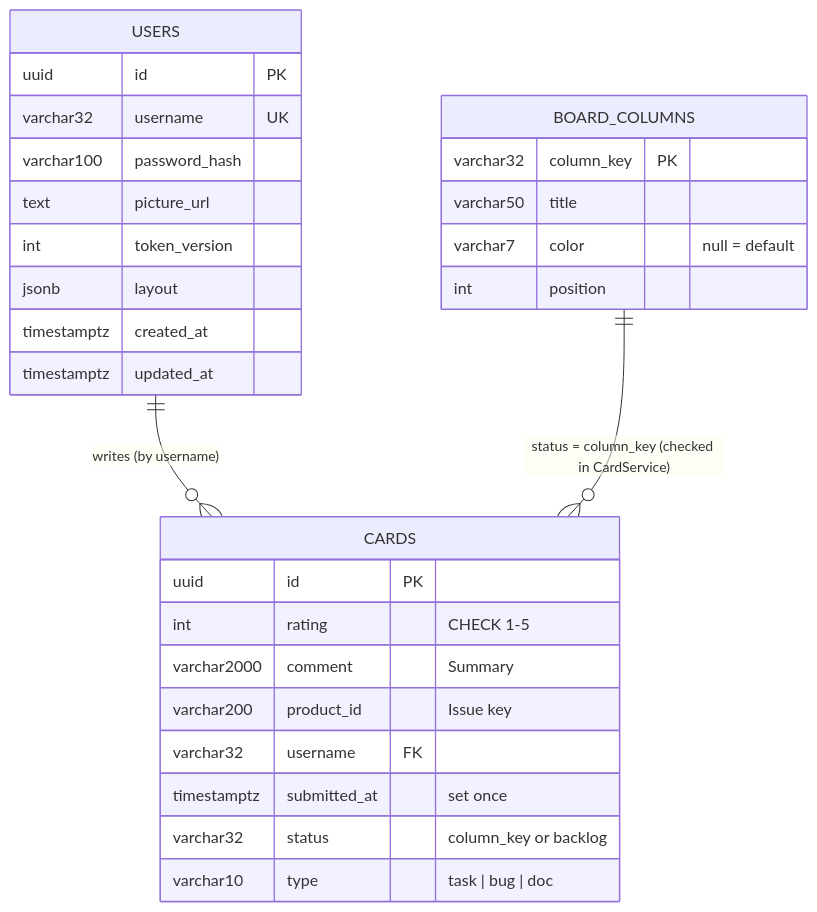
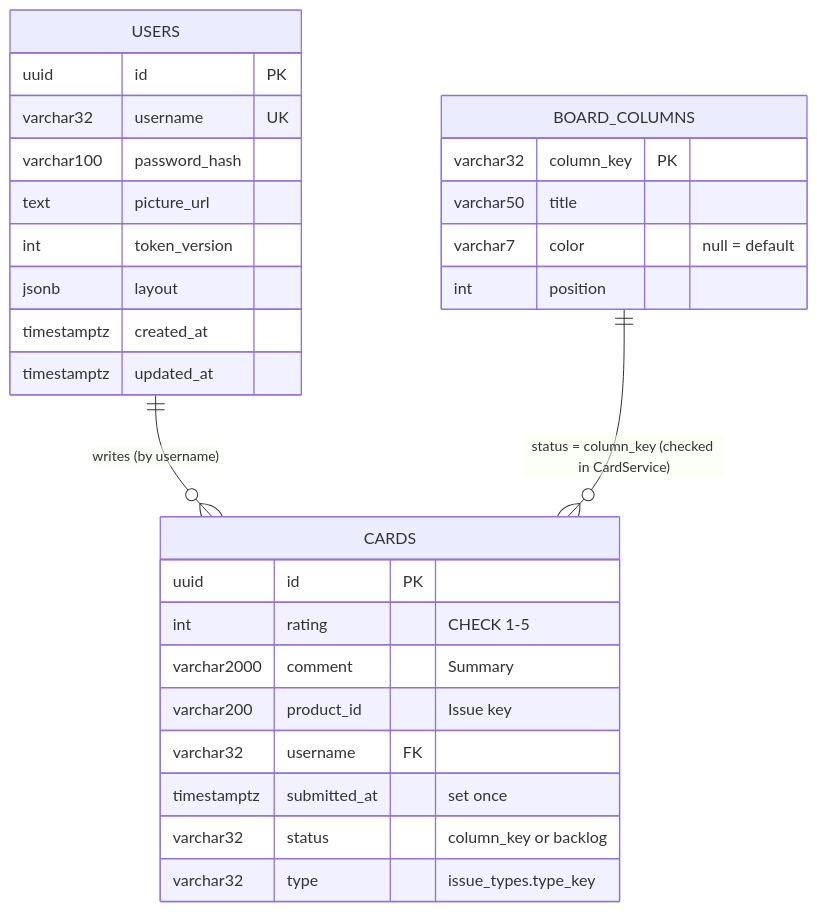
Before and after one commit to Cypedium/aurelljiracard: the eighth of 10 diagrams in server-java/ARCHITECTURE.md, drawn with Mermaid. The commit also changed other lines of this file and 29 other files, not shown here.

First line of the commit message:
Feature/issue types api (#67)

````diff
--- a/server-java/ARCHITECTURE.md
+++ b/server-java/ARCHITECTURE.md
@@ -320,31 +322,31 @@
 ```mermaid
 erDiagram
     USERS ||--o{ CARDS : "writes (by username)"
     BOARD_COLUMNS ||--o{ CARDS : "status = column_key (checked in CardService)"
     BOARD_COLUMNS {
         varchar32 column_key PK
         varchar50 title
         varchar7 color "null = default"
         int position
     }
     USERS {
         uuid id PK
         varchar32 username UK
         varchar100 password_hash
         text picture_url
         int token_version
         jsonb layout
         timestamptz created_at
         timestamptz updated_at
     }
     CARDS {
         uuid id PK
         int rating "CHECK 1-5"
         varchar2000 comment "Summary"
         varchar200 product_id "Issue key"
         varchar32 username FK
         timestamptz submitted_at "set once"
         varchar32 status "column_key or backlog"
-        varchar10 type "task | bug | doc"
+        varchar32 type "issue_types.type_key"
     }
 ```
````
